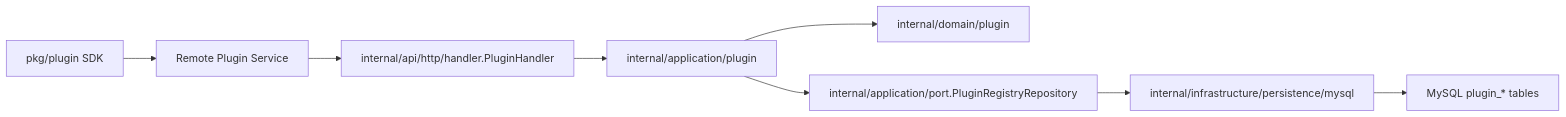
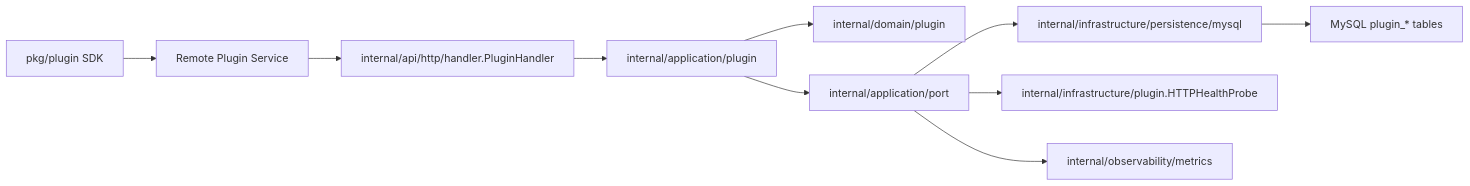
Before and after one commit to rin721/keiyaku-go: the diagram in docs/architecture/plugin-system.md, drawn with Mermaid. The commit also changed other lines of this file and 23 other files, not shown here.

````diff
--- a/docs/architecture/plugin-system.md
+++ b/docs/architecture/plugin-system.md
@@ -53,10 +55,12 @@
 ```mermaid
 flowchart LR
   SDK["pkg/plugin SDK"] --> Remote["Remote Plugin Service"]
   Remote --> HTTP["internal/api/http/handler.PluginHandler"]
   HTTP --> App["internal/application/plugin"]
   App --> Domain["internal/domain/plugin"]
-  App --> Port["internal/application/port.PluginRegistryRepository"]
+  App --> Port["internal/application/port"]
   Port --> MySQLRepo["internal/infrastructure/persistence/mysql"]
+  Port --> Probe["internal/infrastructure/plugin.HTTPHealthProbe"]
+  Port --> Metrics["internal/observability/metrics"]
   MySQLRepo --> DB["MySQL plugin_* tables"]
 ```
````
